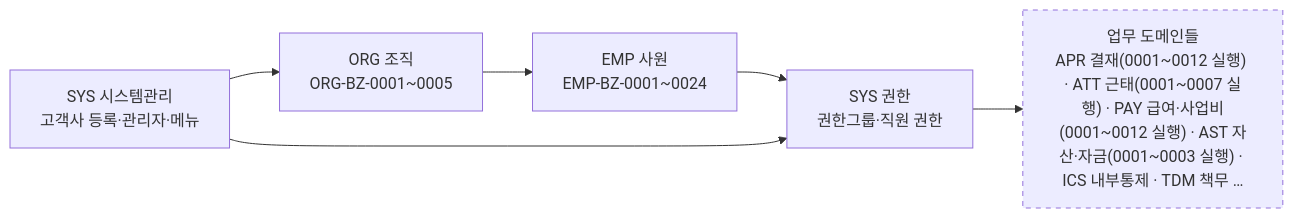
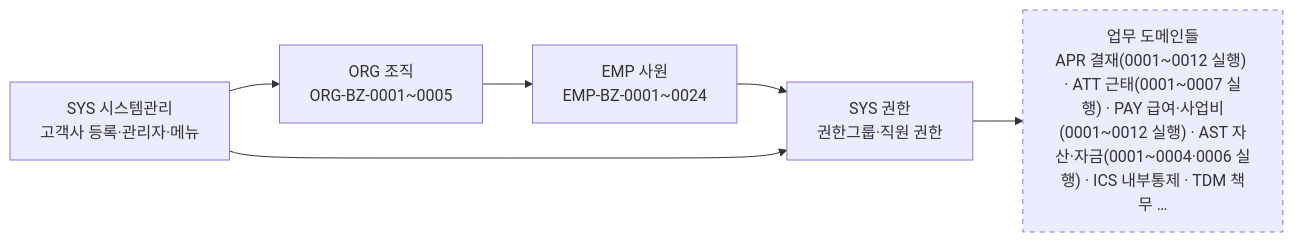
The diagram in AssetERP/docs/2-업무분석/biz-event/00-도메인Map.md (KimDoYoung/framework-sprt), drawn with Mermaid before and after one commit. The commit also changed 6 other files, not shown here.

````diff
--- a/AssetERP/docs/2-업무분석/biz-event/00-도메인Map.md
+++ b/AssetERP/docs/2-업무분석/biz-event/00-도메인Map.md
@@ -6,14 +6,14 @@
 ```mermaid
 flowchart LR
     SYS["SYS 시스템관리<br/>고객사 등록·관리자·메뉴"]
     ORG["ORG 조직<br/>ORG-BZ-0001~0005"]
     EMP["EMP 사원<br/>EMP-BZ-0001~0024"]
     AUTH["SYS 권한<br/>권한그룹·직원 권한"]
-    WORK["업무 도메인들<br/>APR 결재(0001~0012 실행) · ATT 근태(0001~0007 실행) · PAY 급여·사업비(0001~0012 실행) · AST 자산·자금(0001~0003 실행) · ICS 내부통제 · TDM 책무 …"]
+    WORK["업무 도메인들<br/>APR 결재(0001~0012 실행) · ATT 근태(0001~0007 실행) · PAY 급여·사업비(0001~0012 실행) · AST 자산·자금(0001~0004·0006 실행) · ICS 내부통제 · TDM 책무 …"]
 
     SYS --> ORG --> EMP --> AUTH --> WORK
     SYS --> AUTH
 
     classDef todo stroke-dasharray: 5 5
     class WORK todo
 ```
````
